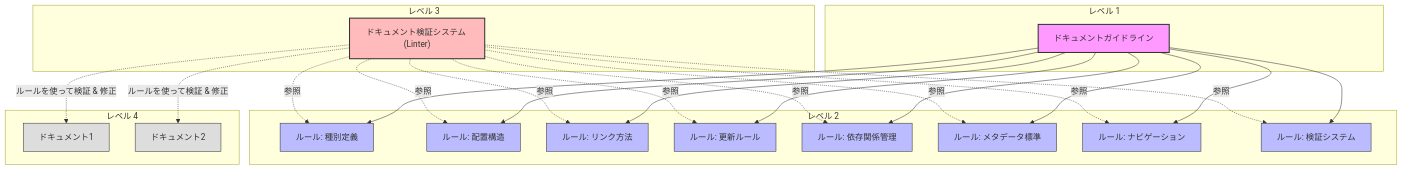
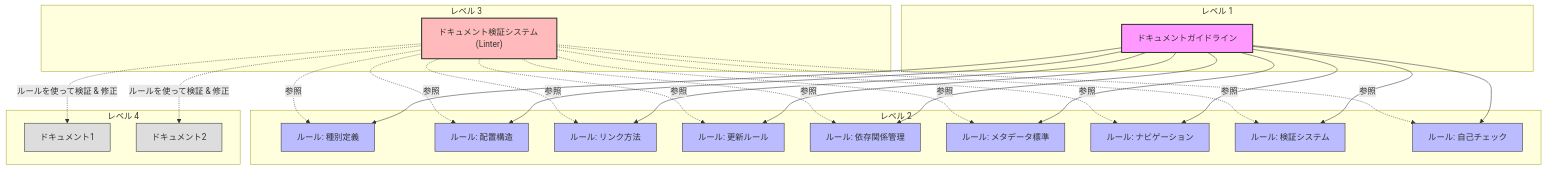
Before and after one commit to ToyB0x/git-resume: the diagram in docs/README.md, drawn with Mermaid. The commit also changed other lines of this file and 11 other files, not shown here.

````diff
--- a/docs/README.md
+++ b/docs/README.md
@@ -32,60 +32,64 @@
 ```mermaid
 graph TB
   subgraph "レベル 1"
     A["ドキュメントガイドライン"]
   end
   
   subgraph "レベル 2"
     B1["ルール: 種別定義"]
     B2["ルール: 配置構造"]
     B3["ルール: リンク方法"]
     B4["ルール: 更新ルール"]
     B5["ルール: 依存関係管理"]
     B6["ルール: メタデータ標準"]
     B7["ルール: ナビゲーション"]
     B8["ルール: 検証システム"]
+    B9["ルール: 自己チェック"]
   end
   
-  subgraph "レベル 3"
+ subgraph "レベル 3"
     D["ドキュメント検証システム (Linter)"]
   end
   
   subgraph "レベル 4"
     E1["ドキュメント1"]
     E2["ドキュメント2"]
   end
   
   A --> B1
   A --> B2
   A --> B3
   A --> B4
   A --> B5
   A --> B6
   A --> B7
   A --> B8
+  A --> B9
   
   D -.-> |"参照"| B1
   D -.-> |"参照"| B2
   D -.-> |"参照"| B3
   D -.-> |"参照"| B4
   D -.-> |"参照"| B5
   D -.-> |"参照"| B6
   D -.-> |"参照"| B7
   D -.-> |"参照"| B8
+  D -.-> |"参照"| B9
   
   D -.-> |"ルールを使って検証 & 修正"| E1
   D -.-> |"ルールを使って検証 & 修正"| E2
   
   style A fill:#f9f,stroke:#333,stroke-width:2px
   style B1 fill:#bbf,stroke:#333,stroke-width:1px
   style B2 fill:#bbf,stroke:#333,stroke-width:1px
   style B3 fill:#bbf,stroke:#333,stroke-width:1px
   style B4 fill:#bbf,stroke:#333,stroke-width:1px
   style B5 fill:#bbf,stroke:#333,stroke-width:1px
   style B6 fill:#bbf,stroke:#333,stroke-width:1px
   style B7 fill:#bbf,stroke:#333,stroke-width:1px
   style B8 fill:#bbf,stroke:#333,stroke-width:1px
+  style B9 fill:#bbf,stroke:#333,stroke-width:1px
   style D fill:#fbb,stroke:#333,stroke-width:2px
   style E1 fill:#ddd,stroke:#333,stroke-width:1px
   style E2 fill:#ddd,stroke:#333,stroke-width:1px
 ```
````
